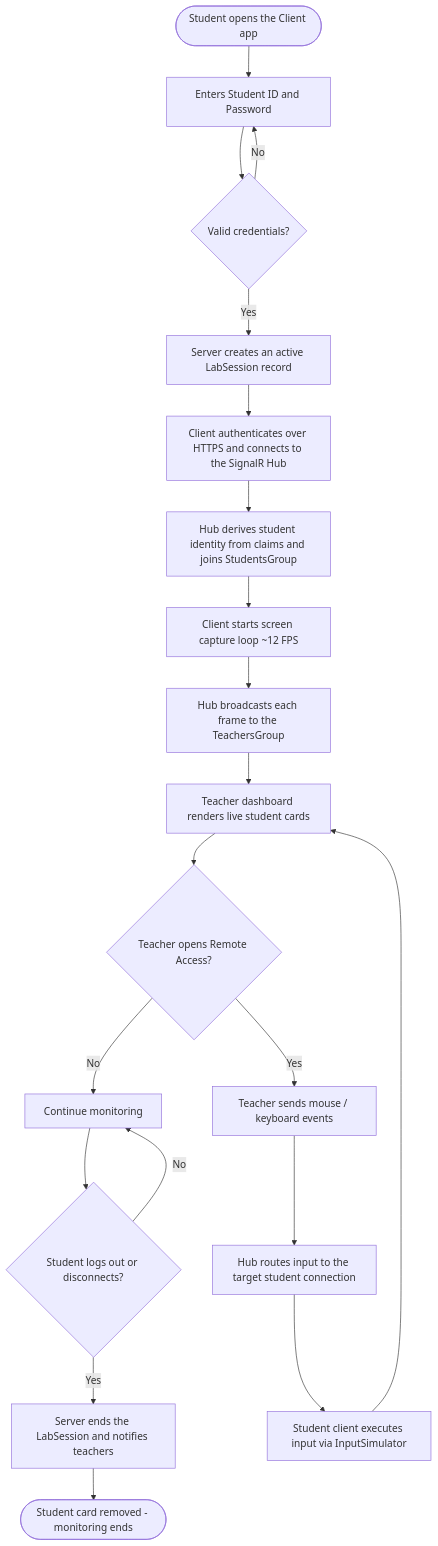
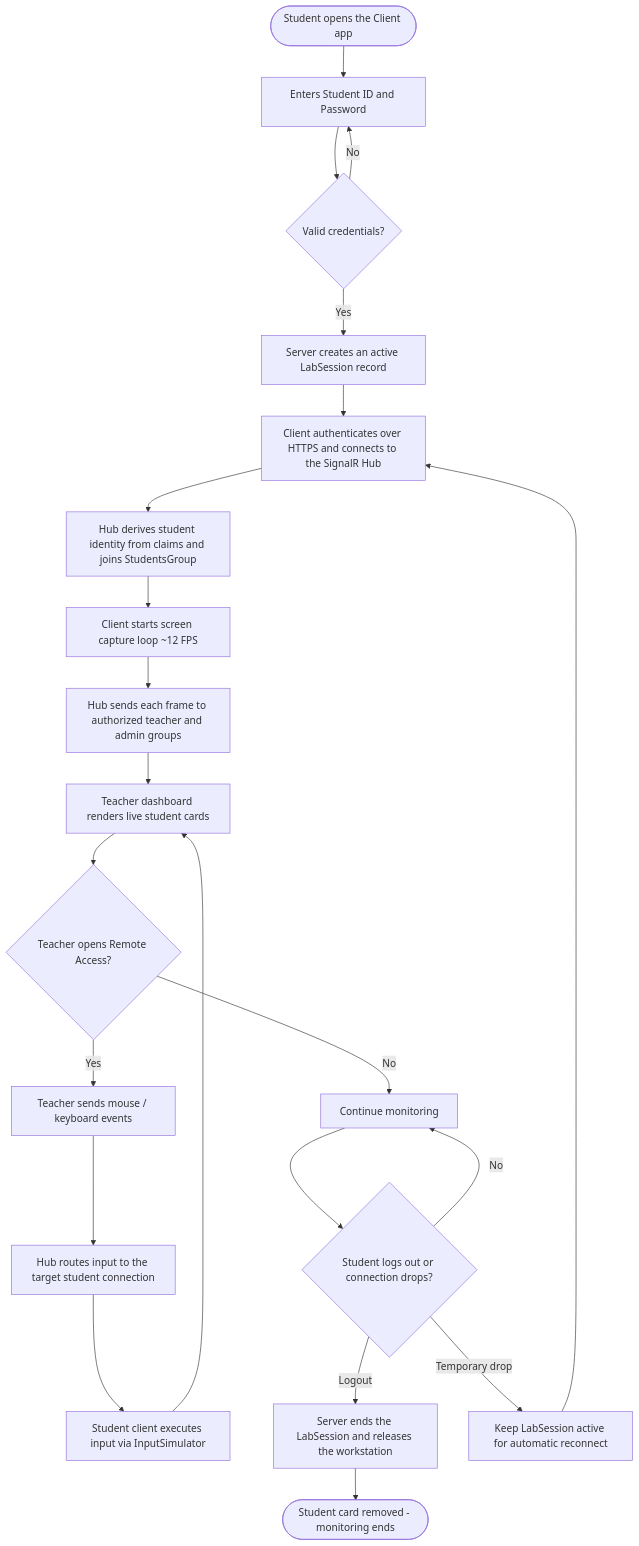
Before and after one commit to ACTstudent/RemoteAcessMonitoringSoftware4sale: the diagram in DIAGRAMS/Flowchart.md, drawn with Mermaid. The commit also changed other lines of this file and 39 other files, not shown here.

````diff
--- a/DIAGRAMS/Flowchart.md
+++ b/DIAGRAMS/Flowchart.md
@@ -5,26 +5,28 @@
 ```mermaid
 flowchart TD
     A([Student opens the Client app]) --> B[Enters Student ID and Password]
     B --> C{Valid credentials?}
     C -- No --> B
     C -- Yes --> D[Server creates an active LabSession record]
 
     D --> E[Client authenticates over HTTPS and connects to the SignalR Hub]
     E --> F[Hub derives student identity from claims and joins StudentsGroup]
     F --> G[Client starts screen capture loop ~12 FPS]
 
-    G --> H[Hub broadcasts each frame to the TeachersGroup]
+    G --> H[Hub sends each frame to authorized teacher and admin groups]
     H --> I[Teacher dashboard renders live student cards]
 
     I --> J{Teacher opens Remote Access?}
     J -- No --> K[Continue monitoring]
     J -- Yes --> L[Teacher sends mouse / keyboard events]
     L --> M[Hub routes input to the target student connection]
     M --> N[Student client executes input via InputSimulator]
     N --> I
 
-    K --> O{Student logs out or disconnects?}
+    K --> O{Student logs out or connection drops?}
     O -- No --> K
-    O -- Yes --> P[Server ends the LabSession and notifies teachers]
+    O -- Logout --> P[Server ends the LabSession and releases the workstation]
+    O -- Temporary drop --> R[Keep LabSession active for automatic reconnect]
     P --> Q([Student card removed - monitoring ends])
+    R --> E
 ```
````
